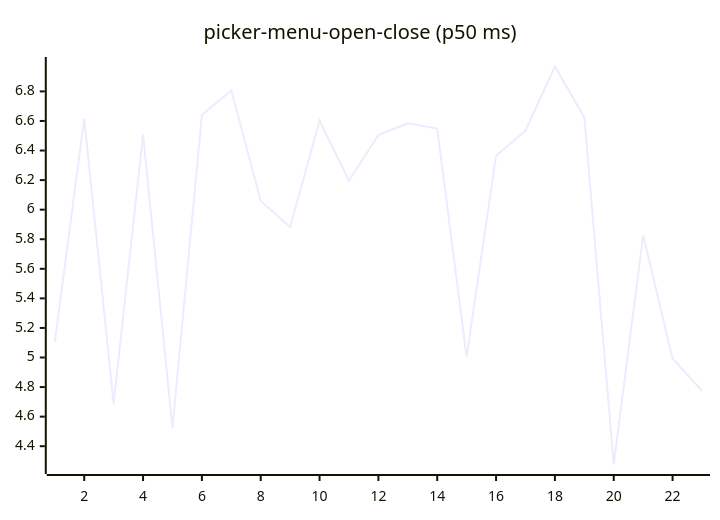
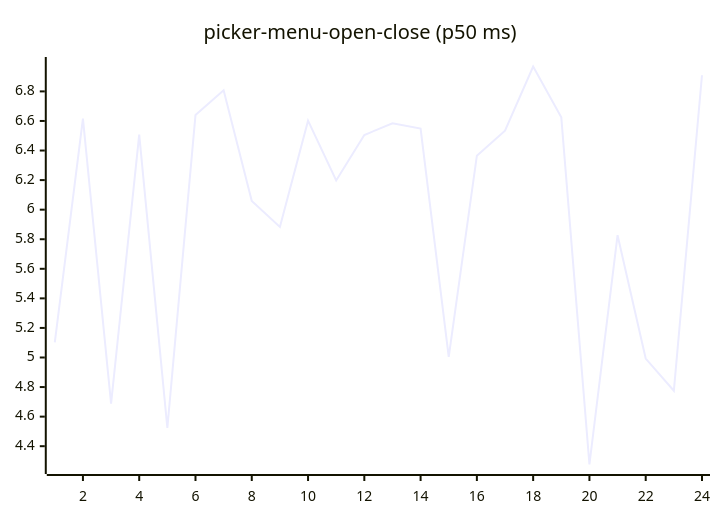
One commit to josha/Facet changed diagram 16 of 27 in README.md. Above: the diagram before and after it, drawn with Mermaid. The commit also changed other lines of this file and 2 other files, not shown here.

````diff
--- a/README.md
+++ b/README.md
@@ -168,6 +168,6 @@
 ```mermaid
 xychart-beta
     title "picker-menu-open-close (p50 ms)"
-    x-axis 1 --> 23
-    line [5.1020, 6.6154, 4.6873, 6.5076, 4.5232, 6.6400, 6.8077, 6.0581, 5.8829, 6.6018, 6.1978, 6.5053, 6.5840, 6.5483, 5.0039, 6.3653, 6.5343, 6.9684, 6.6249, 4.2762, 5.8275, 4.9929, 4.7749]
+    x-axis 1 --> 24
+    line [5.1020, 6.6154, 4.6873, 6.5076, 4.5232, 6.6400, 6.8077, 6.0581, 5.8829, 6.6018, 6.1978, 6.5053, 6.5840, 6.5483, 5.0039, 6.3653, 6.5343, 6.9684, 6.6249, 4.2762, 5.8275, 4.9929, 4.7749, 6.9094]
 ```
````
